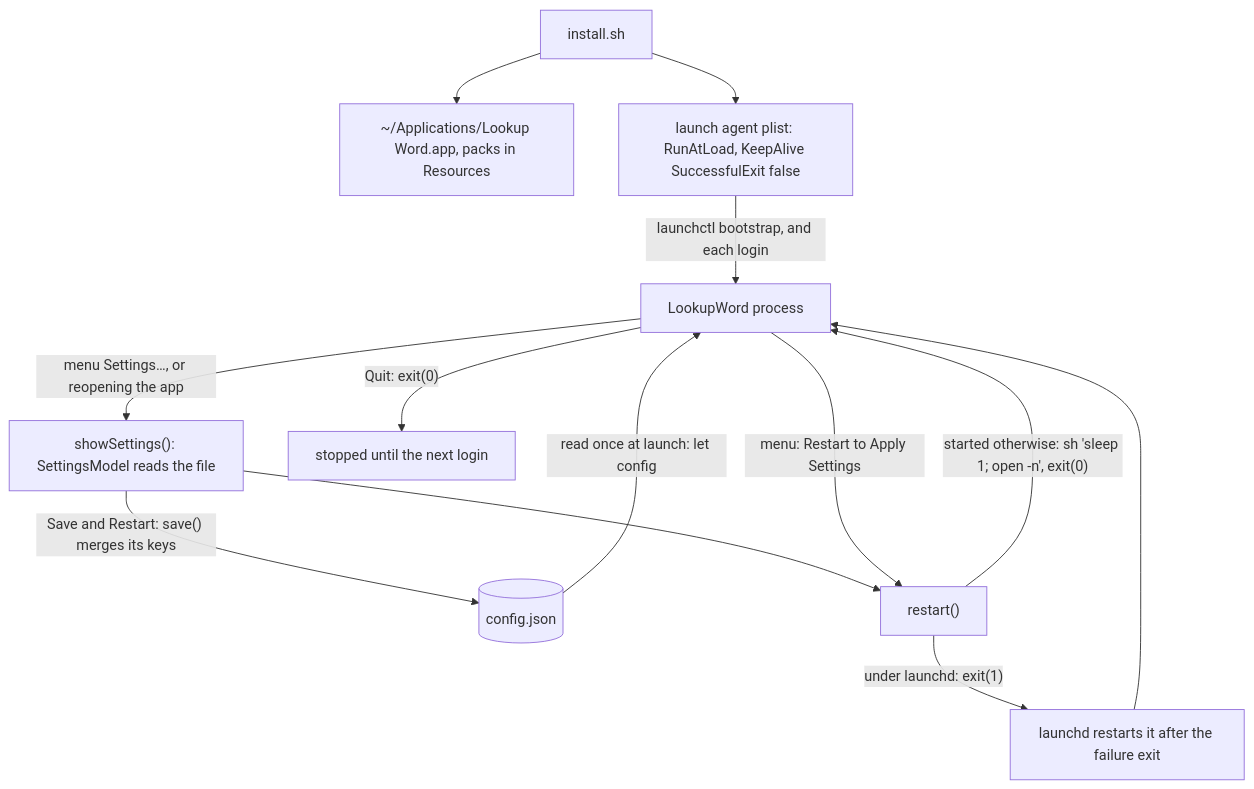
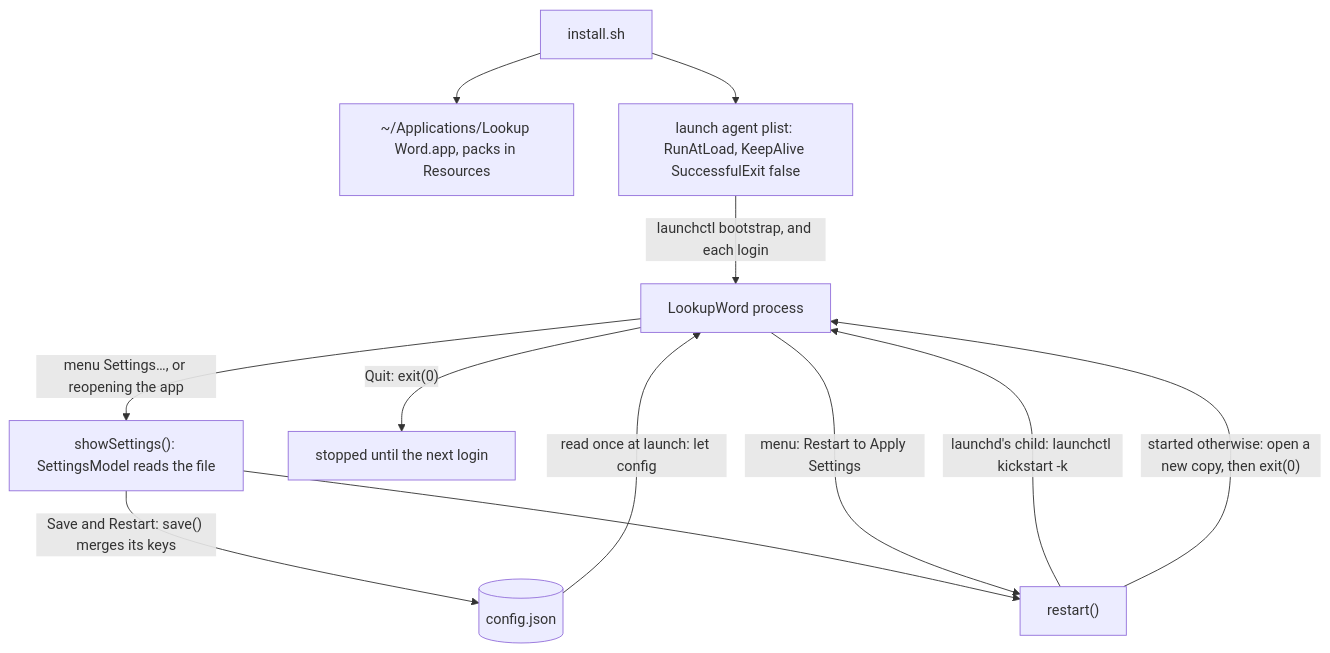
The fifth of 5 diagrams in docs/DESIGN.md (gregth/lookup-word), drawn with Mermaid before and after one commit. The commit also changed other lines of this file and 19 other files, not shown here.

````diff
--- a/docs/DESIGN.md
+++ b/docs/DESIGN.md
@@ -146,15 +153,14 @@
 ```mermaid
 flowchart TD
   IS["install.sh"] --> APP["~/Applications/Lookup Word.app, packs in Resources"]
   IS --> PL["launch agent plist: RunAtLoad, KeepAlive SuccessfulExit false"]
   PL -->|"launchctl bootstrap, and each login"| P["LookupWord process"]
   CF[("config.json")] -->|"read once at launch: let config"| P
   P -->|"menu Settings…, or reopening the app"| SW["showSettings(): SettingsModel reads the file"]
   SW -->|"Save and Restart: save() merges its keys"| CF
   SW --> RS["restart()"]
   P -->|"menu: Restart to Apply Settings"| RS
-  RS -->|"under launchd: exit(1)"| LD["launchd restarts it after the failure exit"]
-  LD --> P
-  RS -->|"started otherwise: sh 'sleep 1; open -n', exit(0)"| P
+  RS -->|"launchd's child: launchctl kickstart -k"| P
+  RS -->|"started otherwise: open a new copy, then exit(0)"| P
   P -->|"Quit: exit(0)"| STOP["stopped until the next login"]
 ```
````
